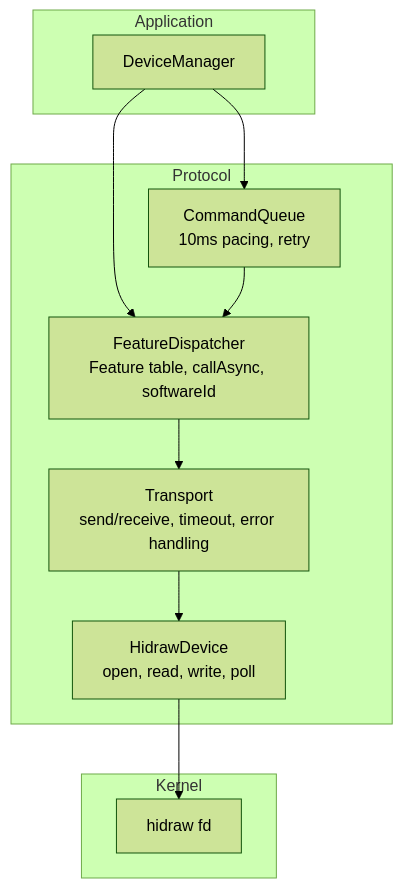
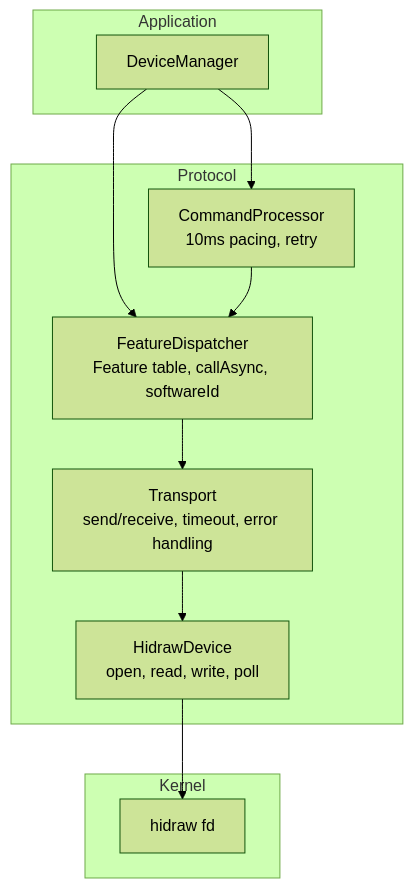
The second of 15 diagrams in docs/wiki/Architecture.md (mmaher88/logitune), drawn with Mermaid (forest theme) before and after one commit. The commit also changed other lines of this file and 58 other files, not shown here.

First line of the commit message:
Refactor: extract behavior from AppController, rename to AppRoot, polish class naming, rewrite architecture wiki (closes #107) (#108)

````diff
--- a/docs/wiki/Architecture.md
+++ b/docs/wiki/Architecture.md
@@ -116,24 +130,24 @@
 ```mermaid
 graph TB
     subgraph "Application"
         DevMgr[DeviceManager]
     end
 
     subgraph "Protocol"
-        CQ[CommandQueue<br/>10ms pacing, retry]
+        CQ[CommandProcessor<br/>10ms pacing, retry]
         FD[FeatureDispatcher<br/>Feature table, callAsync, softwareId]
         TR[Transport<br/>send/receive, timeout, error handling]
         HR[HidrawDevice<br/>open, read, write, poll]
     end
 
     subgraph "Kernel"
         hidraw[hidraw fd]
     end
 
     DevMgr --> CQ
     DevMgr --> FD
     CQ --> FD
     FD --> TR
     TR --> HR
     HR --> hidraw
 ```
````
